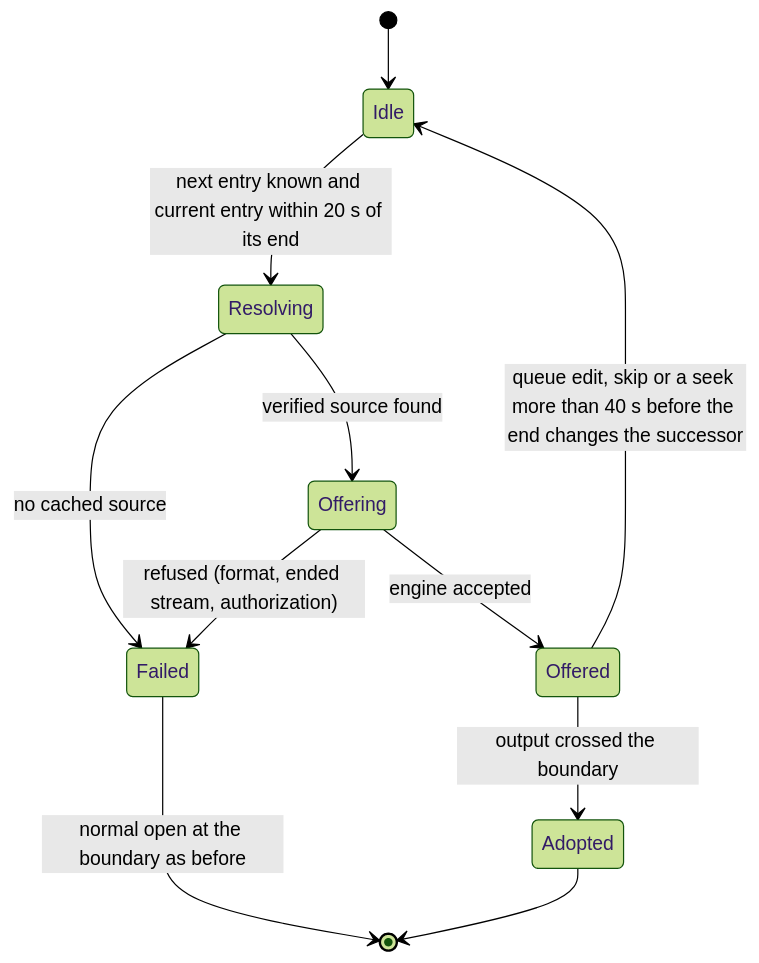
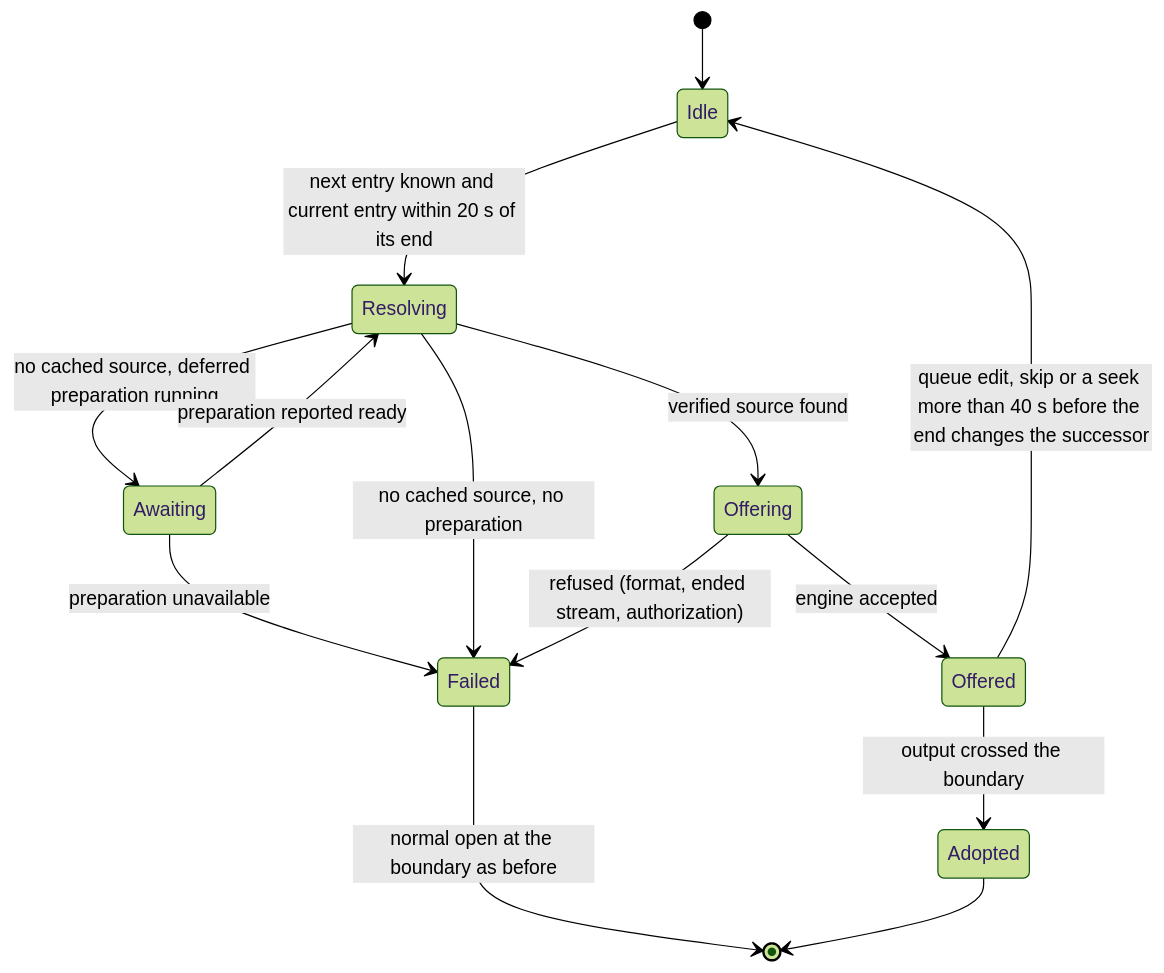
Before and after one commit to acidiney/hitoapp: the fourth of 5 diagrams in docs/native-playback.md, drawn with Mermaid (forest theme). The commit also changed other lines of this file and 2 other files, not shown here.

Commit message:
Document native deferred next-entry sources and their measured gaps

````diff
--- a/docs/native-playback.md
+++ b/docs/native-playback.md
@@ -100,13 +100,16 @@
 ```mermaid
 stateDiagram-v2
   [*] --> Idle
   Idle --> Resolving: next entry known and current entry within 20 s of its end
   Resolving --> Offering: verified source found
-  Resolving --> Failed: no cached source
+  Resolving --> Awaiting: no cached source, deferred preparation running
+  Awaiting --> Resolving: preparation reported ready
+  Awaiting --> Failed: preparation unavailable
+  Resolving --> Failed: no cached source, no preparation
   Offering --> Offered: engine accepted
   Offering --> Failed: refused (format, ended stream, authorization)
   Offered --> Idle: queue edit, skip or a seek more than 40 s before the end changes the successor
   Offered --> Adopted: output crossed the boundary
   Failed --> [*]: normal open at the boundary as before
   Adopted --> [*]
 ```
````
